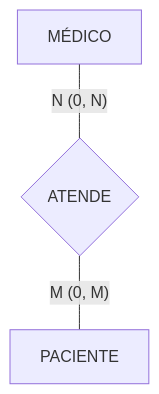
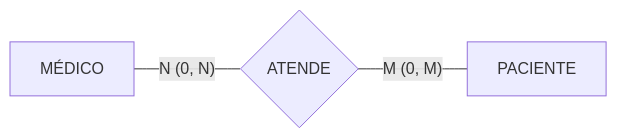
Before and after one commit to leorruas/puc: the eighth of 13 diagrams in 02. Modelagem de Dados/06. Modelagem de relacionamentos, cardinalidade e restrições de participação.md, drawn with Mermaid. The commit also changed other lines of this file and 6 other files, not shown here.

Commit message:
refactor: reformular estrategia visual de diagramas Mermaid e adicionar explorador interativo no app

````diff
--- a/02. Modelagem de Dados/06. Modelagem de relacionamentos, cardinalidade e restrições de participação.md
+++ b/02. Modelagem de Dados/06. Modelagem de relacionamentos, cardinalidade e restrições de participação.md
@@ -138,5 +138,5 @@
 ```mermaid
-flowchart TD
-    M1["MÉDICO"] ---|"N (0, N)"| R3{"ATENDE"}
-    R3 ---|"M (0, M)"| PC1["PACIENTE"]
+flowchart LR
+    M1["MÉDICO"]:::data ---|"N (0, N)"| R3{"ATENDE"}:::component
+    R3 ---|"M (0, M)"| PC1["PACIENTE"]:::data
 ```
````
